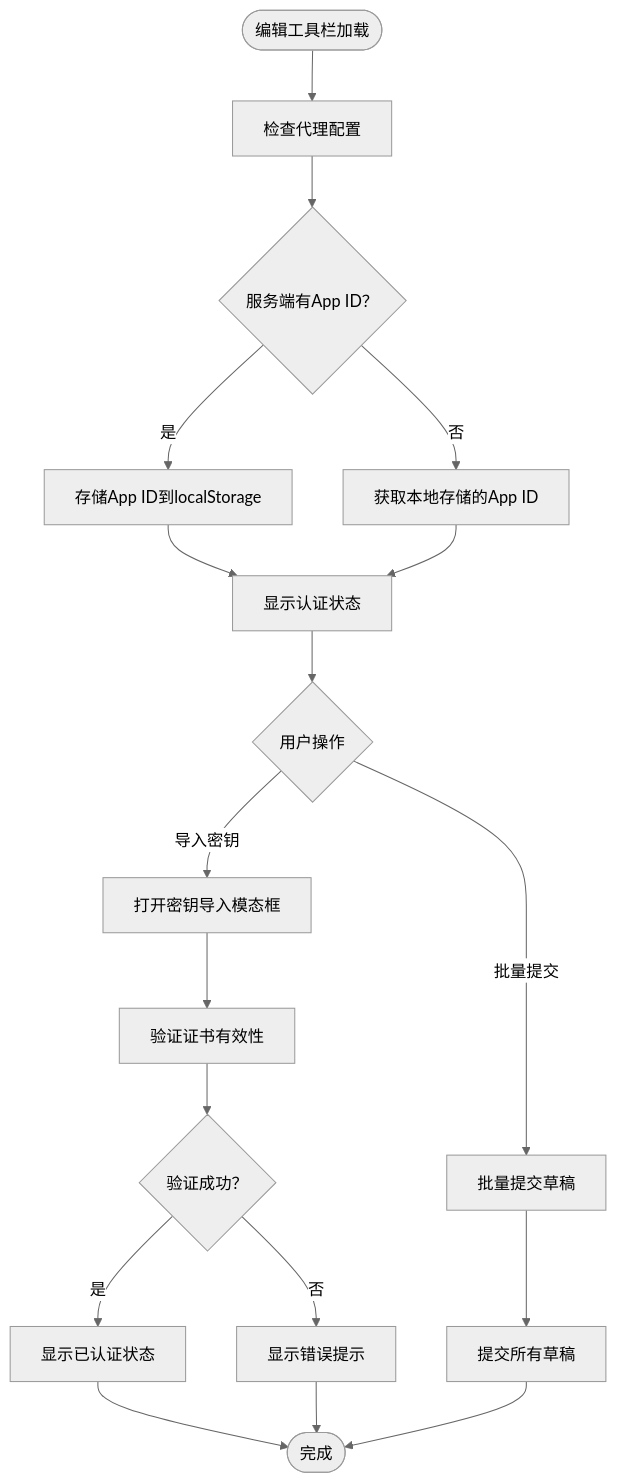
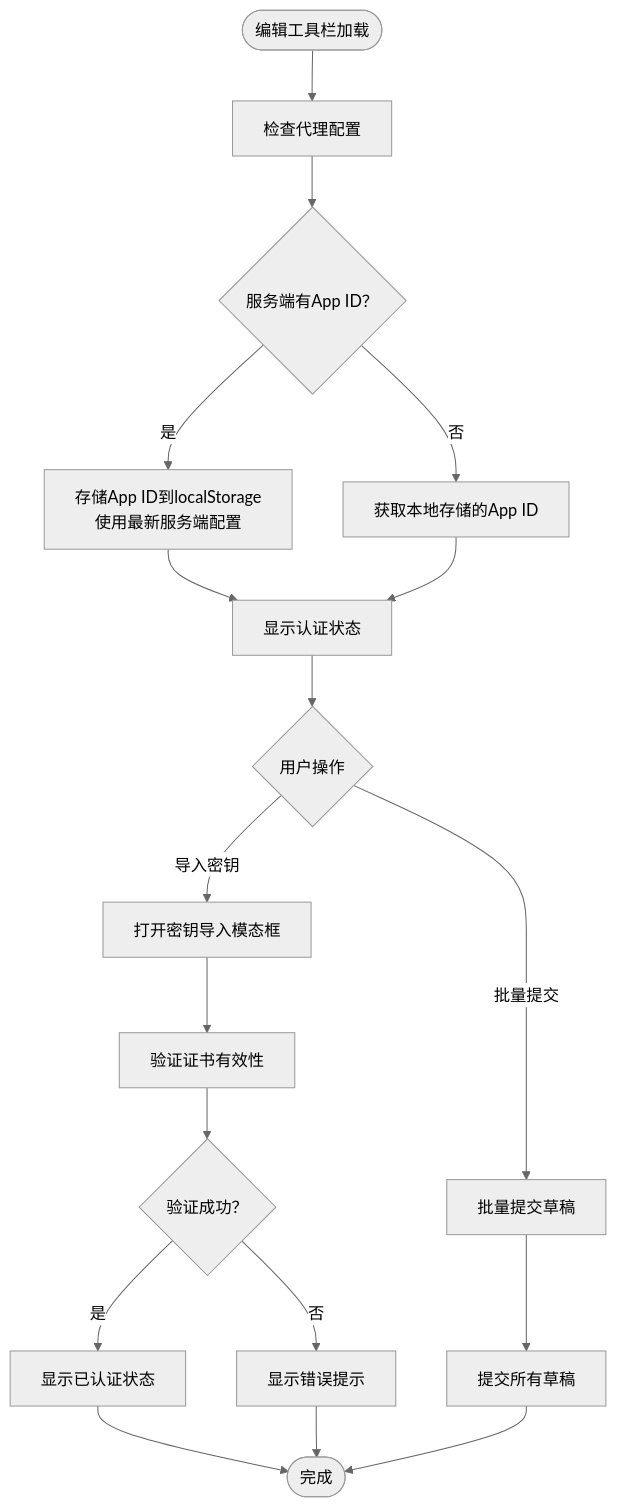
Before and after one commit to olx2990684400-sketch/olx-my-blog: the fourth of 8 diagrams in .qoder/repowiki/zh/content/API参考文档/第三方集成API.md, drawn with Mermaid (neutral theme). The commit also changed other lines of this file and 74 other files, not shown here.

````diff
--- a/.qoder/repowiki/zh/content/API参考文档/第三方集成API.md
+++ b/.qoder/repowiki/zh/content/API参考文档/第三方集成API.md
@@ -230,20 +234,20 @@
 ```mermaid
 flowchart TD
 Start(["编辑工具栏加载"]) --> CheckProxy["检查代理配置"]
 CheckProxy --> HasServerAppId{"服务端有App ID？"}
-HasServerAppId --> |是| StoreAppId["存储App ID到localStorage"]
+HasServerAppId --> |是| StoreAppId["存储App ID到localStorage<br/>使用最新服务端配置"]
 HasServerAppId --> |否| GetStoredAppId["获取本地存储的App ID"]
 StoreAppId --> ShowAuthState["显示认证状态"]
 GetStoredAppId --> ShowAuthState
 ShowAuthState --> UserAction{"用户操作"}
 UserAction --> |导入密钥| ImportKey["打开密钥导入模态框"]
 UserAction --> |批量提交| BatchSubmit["批量提交草稿"]
 ImportKey --> ValidateCert["验证证书有效性"]
 ValidateCert --> Success{"验证成功？"}
 Success --> |是| ShowAuthenticated["显示已认证状态"]
 Success --> |否| ShowError["显示错误提示"]
 BatchSubmit --> SubmitDrafts["提交所有草稿"]
 ShowAuthenticated --> End(["完成"])
 ShowError --> End
 SubmitDrafts --> End
 ```
````
